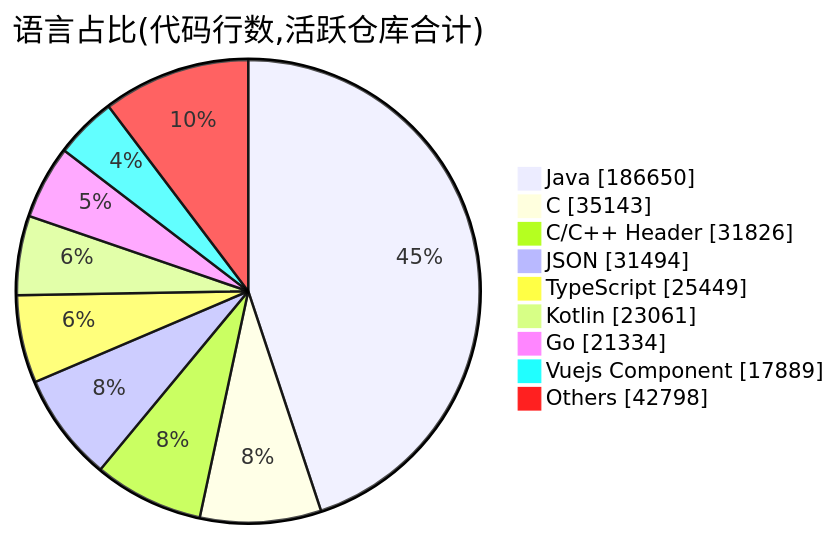
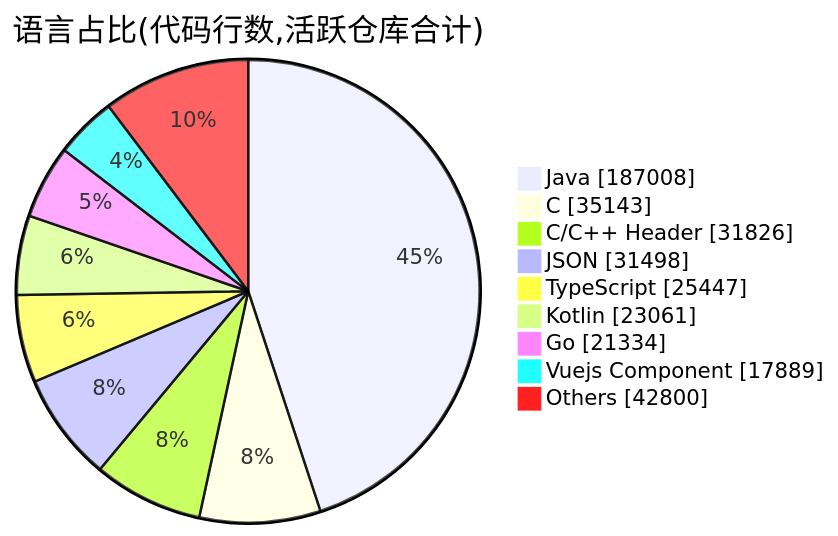
Before and after one commit to Conflux-Union/.github: the second of 2 diagrams in profile/README.md, drawn with Mermaid. The commit also changed other lines of this file and 1 other file, not shown here.

````diff
--- a/profile/README.md
+++ b/profile/README.md
@@ -83,13 +83,13 @@
 ```mermaid
 pie showData
     title 语言占比(代码行数,活跃仓库合计)
-    "Java" : 186650
+    "Java" : 187008
     "C" : 35143
     "C/C++ Header" : 31826
-    "JSON" : 31494
-    "TypeScript" : 25449
+    "JSON" : 31498
+    "TypeScript" : 25447
     "Kotlin" : 23061
     "Go" : 21334
     "Vuejs Component" : 17889
-    "Others" : 42798
+    "Others" : 42800
 ```
````
